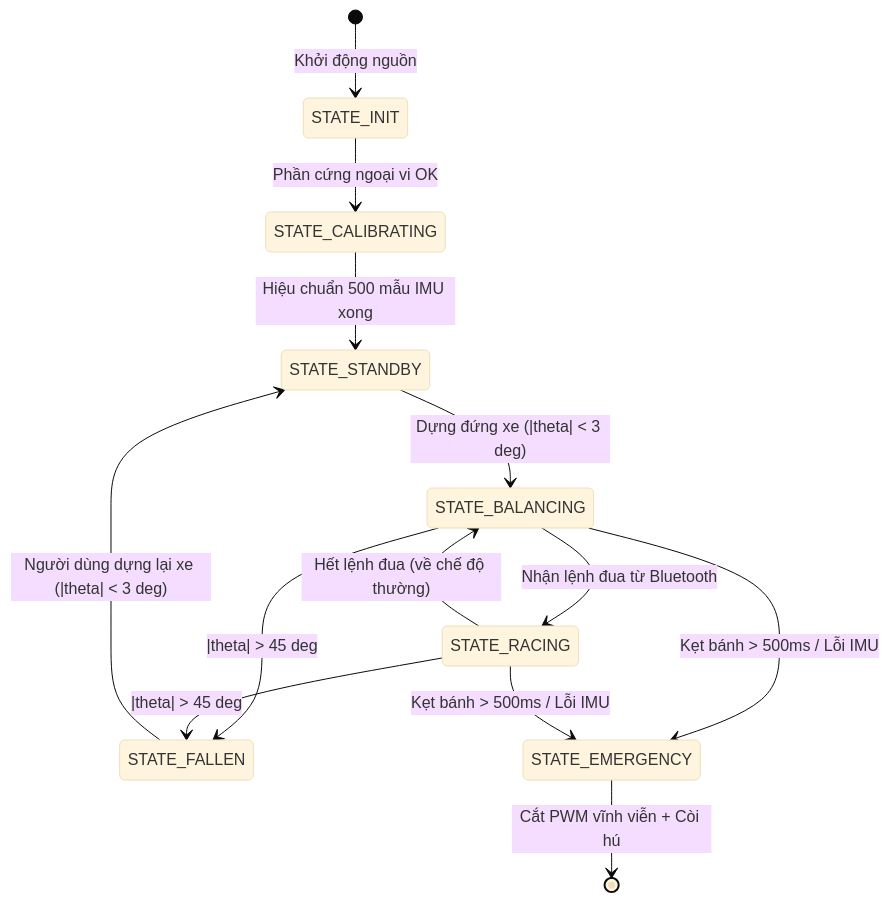
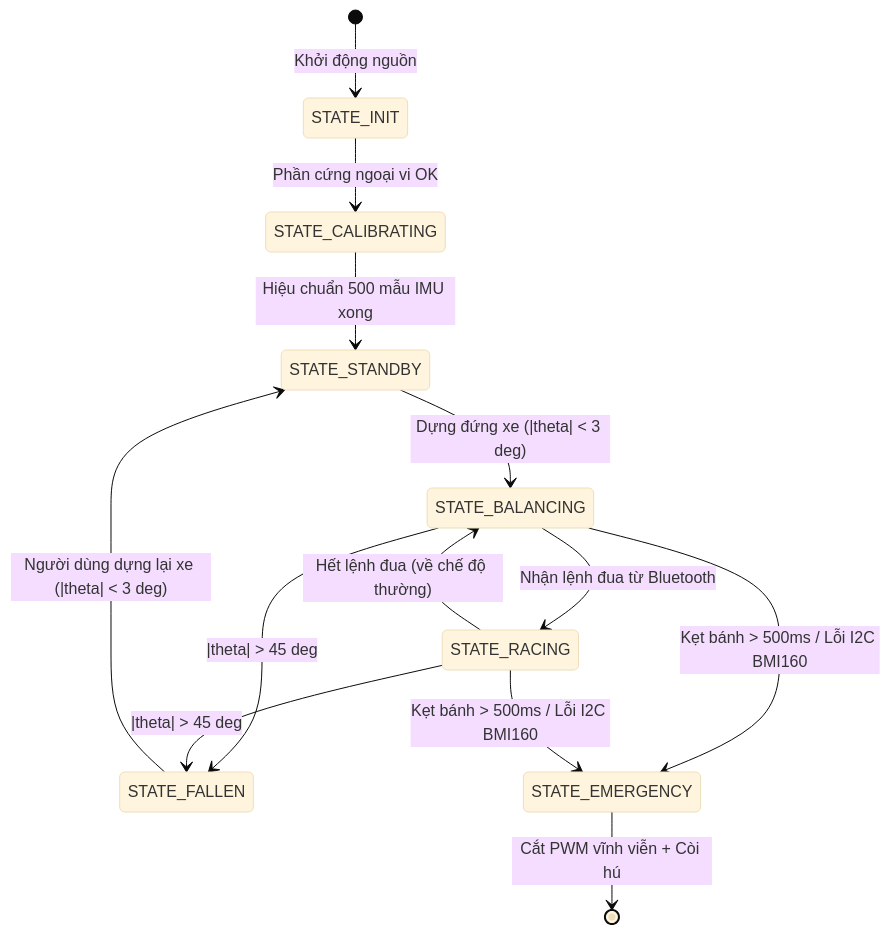
One commit to Donien-mixi/CE224 changed the second of 2 diagrams in Mo_Ta_Thuat_Toan_Dieu_Khien_Tong_The.md. Above: the diagram before and after it, drawn with Mermaid (base theme). The commit also changed other lines of this file and 5 other files, not shown here.

Commit message:
update roadmap

````diff
--- a/Mo_Ta_Thuat_Toan_Dieu_Khien_Tong_The.md
+++ b/Mo_Ta_Thuat_Toan_Dieu_Khien_Tong_The.md
@@ -244,17 +244,17 @@
 ```mermaid
 stateDiagram-v2
     [*] --> STATE_INIT : Khởi động nguồn
     STATE_INIT --> STATE_CALIBRATING : Phần cứng ngoại vi OK
     STATE_CALIBRATING --> STATE_STANDBY : Hiệu chuẩn 500 mẫu IMU xong
     STATE_STANDBY --> STATE_BALANCING : Dựng đứng xe (|theta| < 3 deg)
     STATE_BALANCING --> STATE_RACING : Nhận lệnh đua từ Bluetooth
     STATE_RACING --> STATE_BALANCING : Hết lệnh đua (về chế độ thường)
     
     STATE_BALANCING --> STATE_FALLEN : |theta| > 45 deg
     STATE_RACING --> STATE_FALLEN : |theta| > 45 deg
     STATE_FALLEN --> STATE_STANDBY : Người dùng dựng lại xe (|theta| < 3 deg)
     
-    STATE_BALANCING --> STATE_EMERGENCY : Kẹt bánh > 500ms / Lỗi IMU
-    STATE_RACING --> STATE_EMERGENCY : Kẹt bánh > 500ms / Lỗi IMU
+    STATE_BALANCING --> STATE_EMERGENCY : Kẹt bánh > 500ms / Lỗi I2C BMI160
+    STATE_RACING --> STATE_EMERGENCY : Kẹt bánh > 500ms / Lỗi I2C BMI160
     STATE_EMERGENCY --> [*] : Cắt PWM vĩnh viễn + Còi hú
 ```
````
